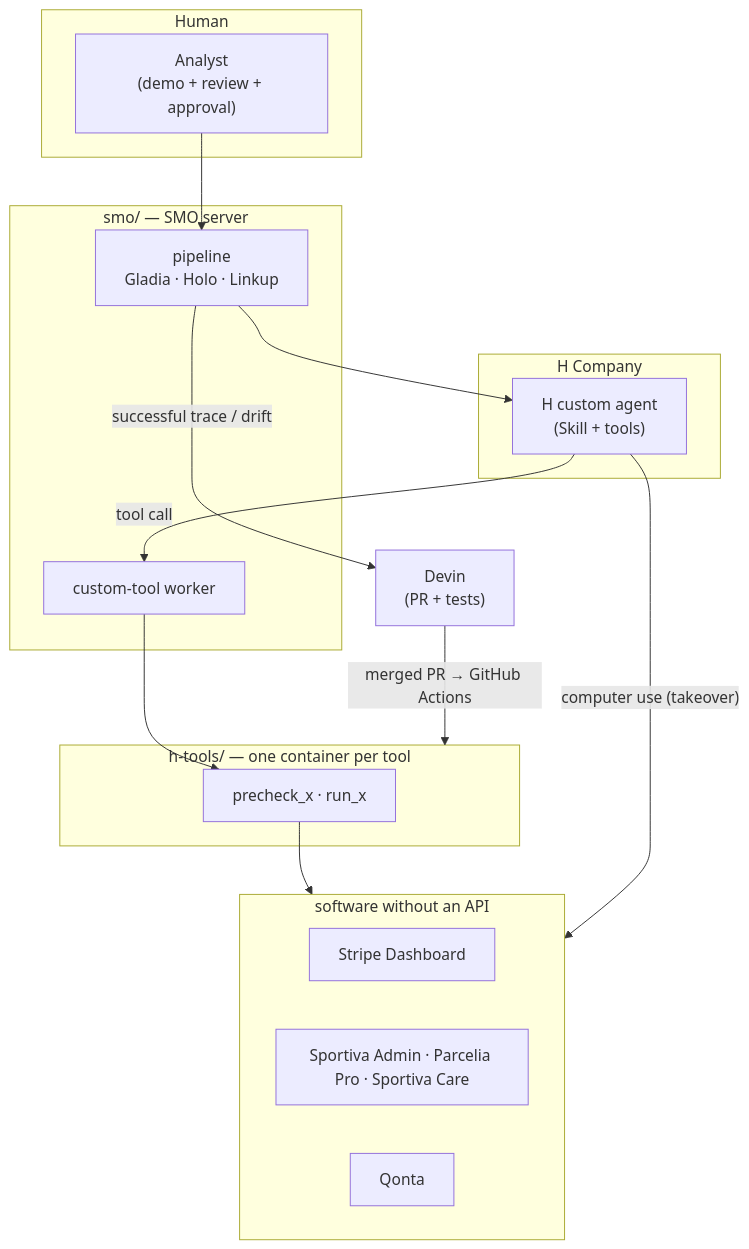
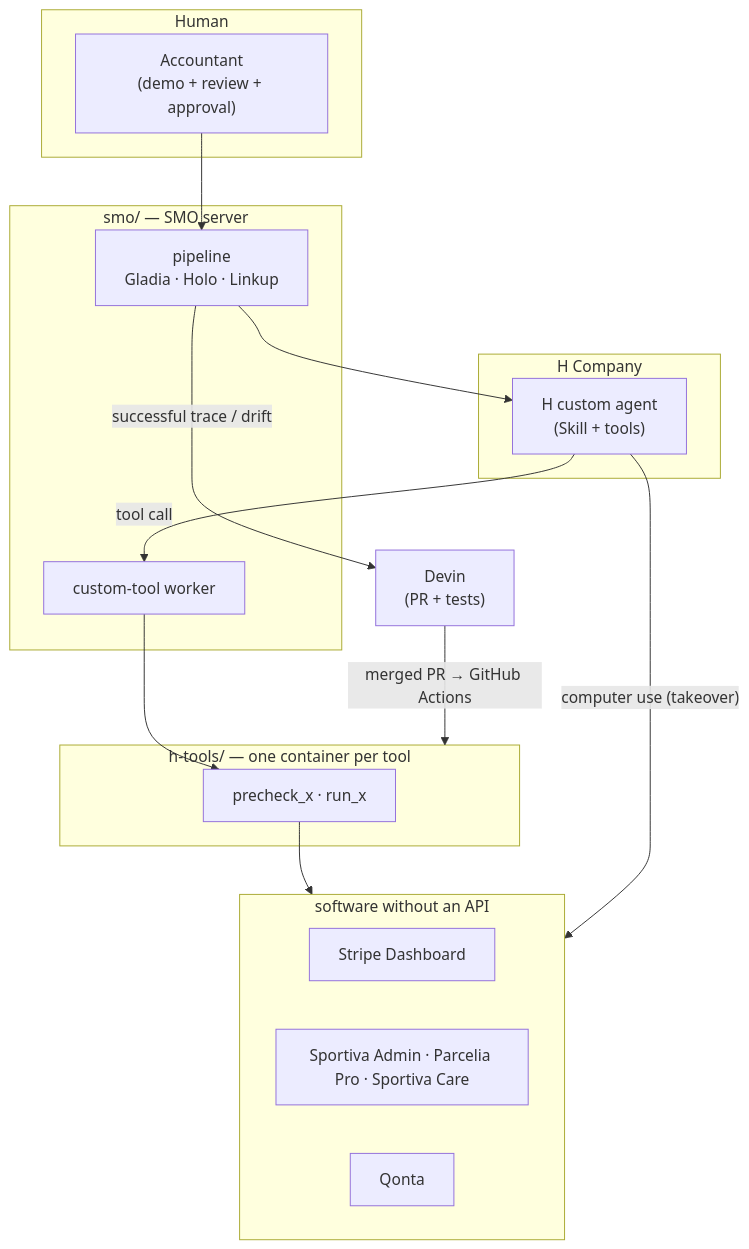
Before and after one commit to h-hackathon/show-me-once-hackathon-h: the second of 2 diagrams in README.md, drawn with Mermaid. The commit also changed other lines of this file, not shown here.

Commit message:
README: accounting example in the intro

````diff
--- a/README.md
+++ b/README.md
@@ -132,26 +132,26 @@
 ```mermaid
 flowchart TB
     subgraph Human
-      U["Analyst<br/>(demo + review + approval)"]
+      U["Accountant<br/>(demo + review + approval)"]
     end
     subgraph SMO["smo/ — SMO server"]
       P["pipeline<br/>Gladia · Holo · Linkup"]
       W["custom-tool worker"]
     end
     subgraph H["H Company"]
       AG["H custom agent<br/>(Skill + tools)"]
     end
     subgraph T["h-tools/ — one container per tool"]
       TL["precheck_x · run_x"]
     end
     DV["Devin<br/>(PR + tests)"]
     subgraph Targets["software without an API"]
       ST["Stripe Dashboard"]
       SP["Sportiva Admin · Parcelia Pro · Sportiva Care"]
       CX["Qonta"]
     end
     U --> P --> AG
     AG -- "tool call" --> W --> TL --> Targets
     AG -- "computer use (takeover)" --> Targets
     P -- "successful trace / drift" --> DV -- "merged PR → GitHub Actions" --> T
 ```
````
